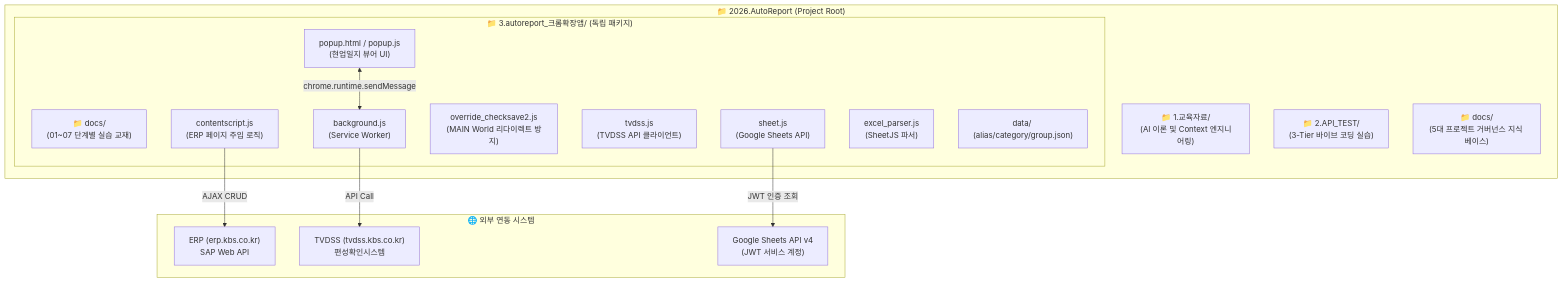
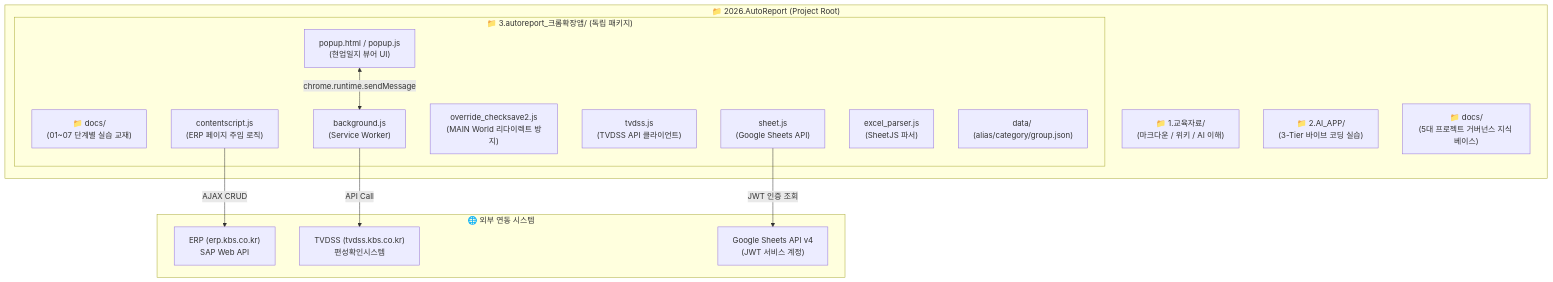
Before and after one commit to gkisanet/2026.09-kbs-vibe-coding: the diagram in docs/CONTEXT.md, drawn with Mermaid. The commit also changed other lines of this file and 53 other files, not shown here.

Commit message:
chore: Rename 2.,API_TEST to 2.,AI_APP and enhance Step 2/3 roadmaps in README.md

````diff
--- a/docs/CONTEXT.md
+++ b/docs/CONTEXT.md
@@ -9,32 +9,32 @@
 ```mermaid
 graph TB
     subgraph Root["📁 2026.AutoReport (Project Root)"]
-        Edu["📁 1.교육자료/<br/>(AI 이론 및 Context 엔지니어링)"]
-        API["📁 2.API_TEST/<br/>(3-Tier 바이브 코딩 실습)"]
+        Edu["📁 1.교육자료/<br/>(마크다운 / 위키 / AI 이해)"]
+        API["📁 2.AI_APP/<br/>(3-Tier 바이브 코딩 실습)"]
         
         subgraph Ext["📁 3.autoreport_크롬확장앱/ (독립 패키지)"]
             ExtDocs["📁 docs/<br/>(01~07 단계별 실습 교재)"]
             Popup["popup.html / popup.js<br/>(현업일지 뷰어 UI)"]
             BG["background.js<br/>(Service Worker)"]
             CS["contentscript.js<br/>(ERP 페이지 주입 로직)"]
             Override["override_checksave2.js<br/>(MAIN World 리다이렉트 방지)"]
             TVDSS["tvdss.js<br/>(TVDSS API 클라이언트)"]
             Sheet["sheet.js<br/>(Google Sheets API)"]
             Parser["excel_parser.js<br/>(SheetJS 파서)"]
             Data["data/ (alias/category/group.json)"]
         end
         
         GovDocs["📁 docs/<br/>(5대 프로젝트 거버넌스 지식 베이스)"]
     end
 
     subgraph External["🌐 외부 연동 시스템"]
         ERP_SYS["ERP (erp.kbs.co.kr)<br/>SAP Web API"]
         TVDSS_SYS["TVDSS (tvdss.kbs.co.kr)<br/>편성확인시스템"]
         SHEET_SYS["Google Sheets API v4<br/>(JWT 서비스 계정)"]
     end
 
     CS -->|AJAX CRUD| ERP_SYS
     BG -->|API Call| TVDSS_SYS
     Sheet -->|JWT 인증 조회| SHEET_SYS
     Popup <-->|chrome.runtime.sendMessage| BG
 ```
````
